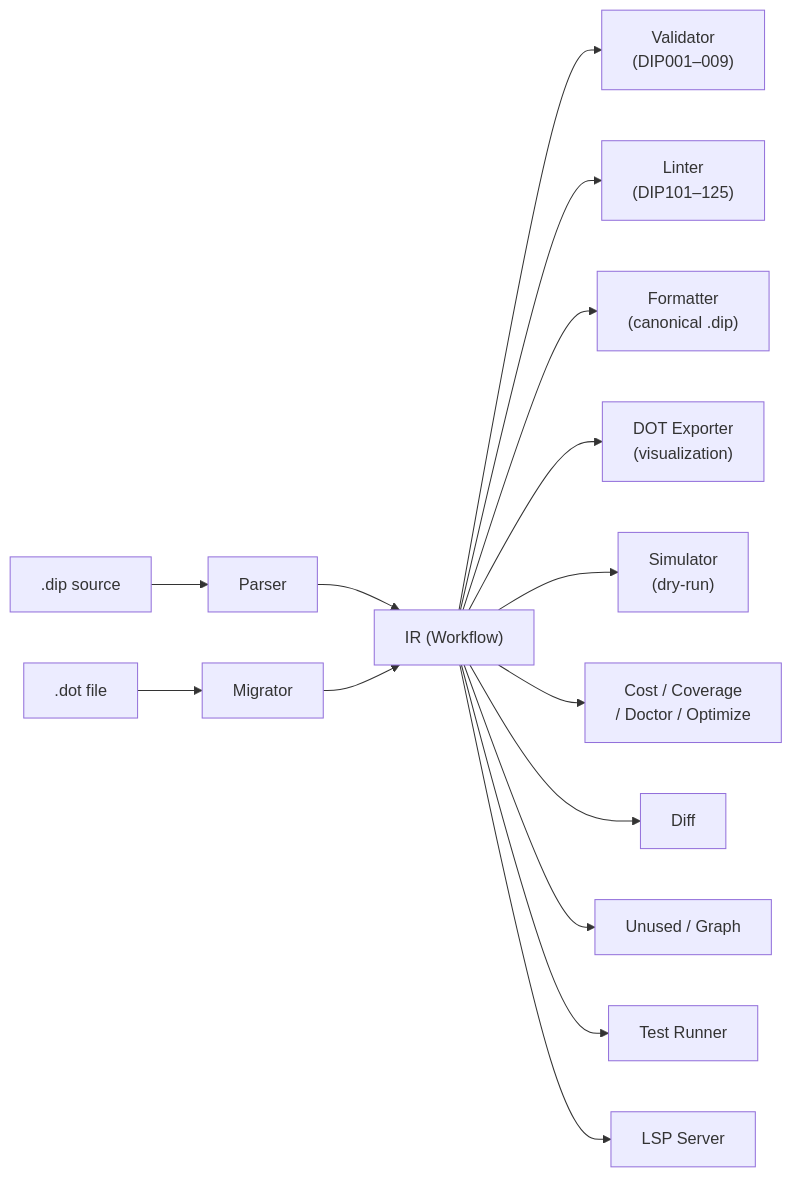
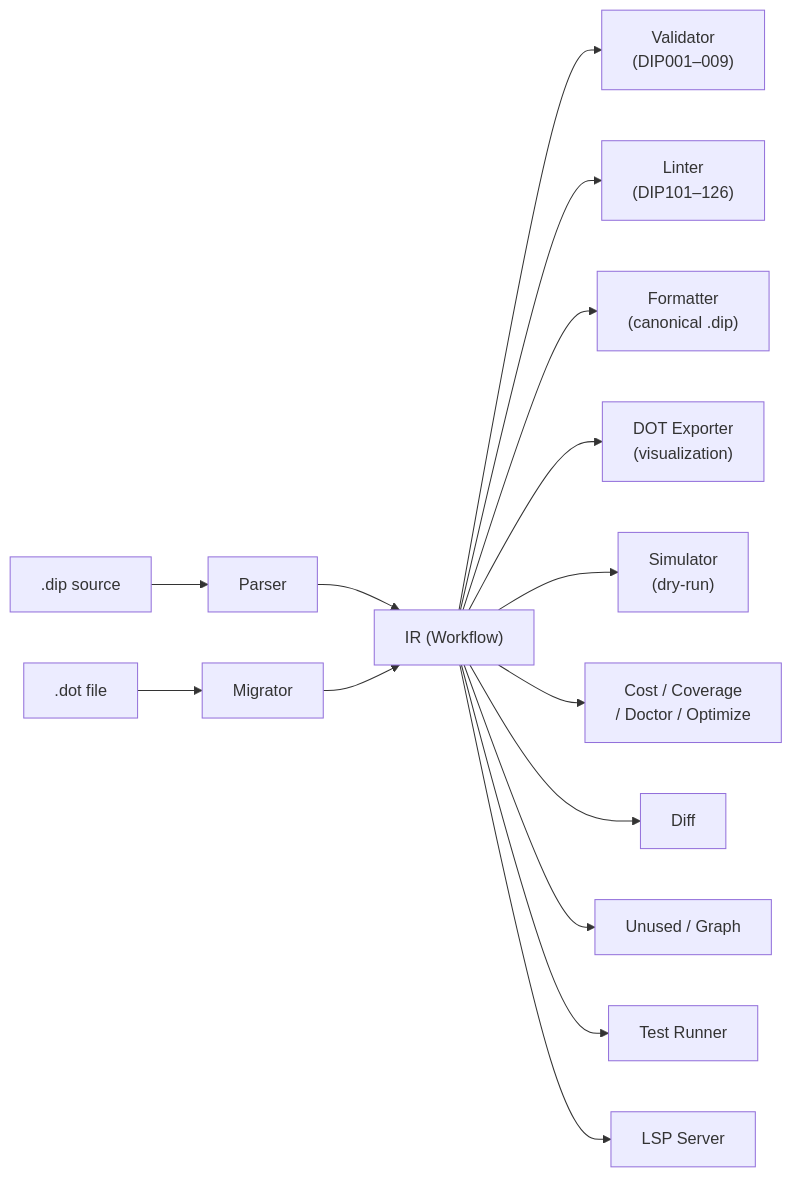
The second of 2 diagrams in README.md (michellepellon/dippin-lang), drawn with Mermaid before and after one commit. The commit also changed other lines of this file and 50 other files, not shown here.

````diff
--- a/README.md
+++ b/README.md
@@ -462,17 +464,17 @@
 ```mermaid
 graph LR
     DIP[".dip source"] --> Parser
     DOT_FILE[".dot file"] --> Migrator
     Parser --> IR["IR (Workflow)"]
     Migrator --> IR
     IR --> Validator["Validator<br>(DIP001–009)"]
-    IR --> Linter["Linter<br>(DIP101–125)"]
+    IR --> Linter["Linter<br>(DIP101–126)"]
     IR --> Formatter["Formatter<br>(canonical .dip)"]
     IR --> DOT["DOT Exporter<br>(visualization)"]
     IR --> Sim["Simulator<br>(dry-run)"]
     IR --> Cost["Cost / Coverage<br>/ Doctor / Optimize"]
     IR --> Diff["Diff"]
     IR --> Unused["Unused / Graph"]
     IR --> Test["Test Runner"]
     IR --> LSP["LSP Server"]
 ```
````
